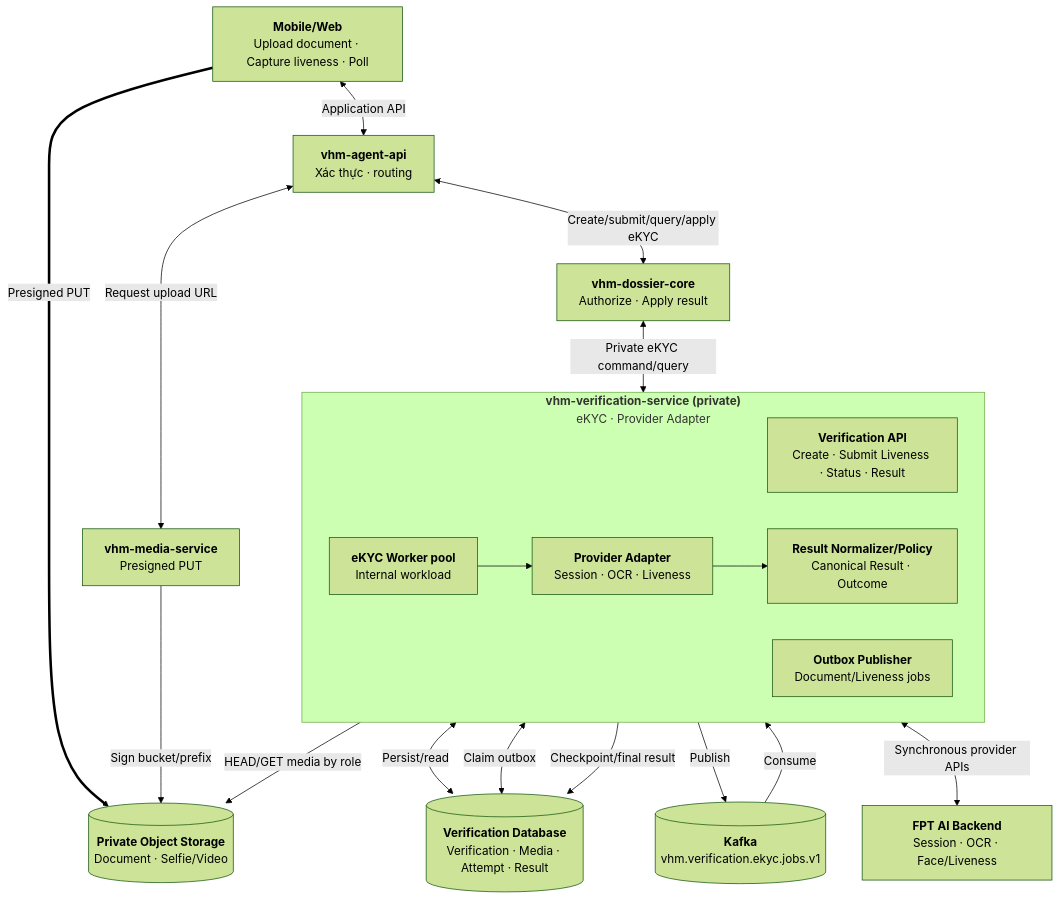
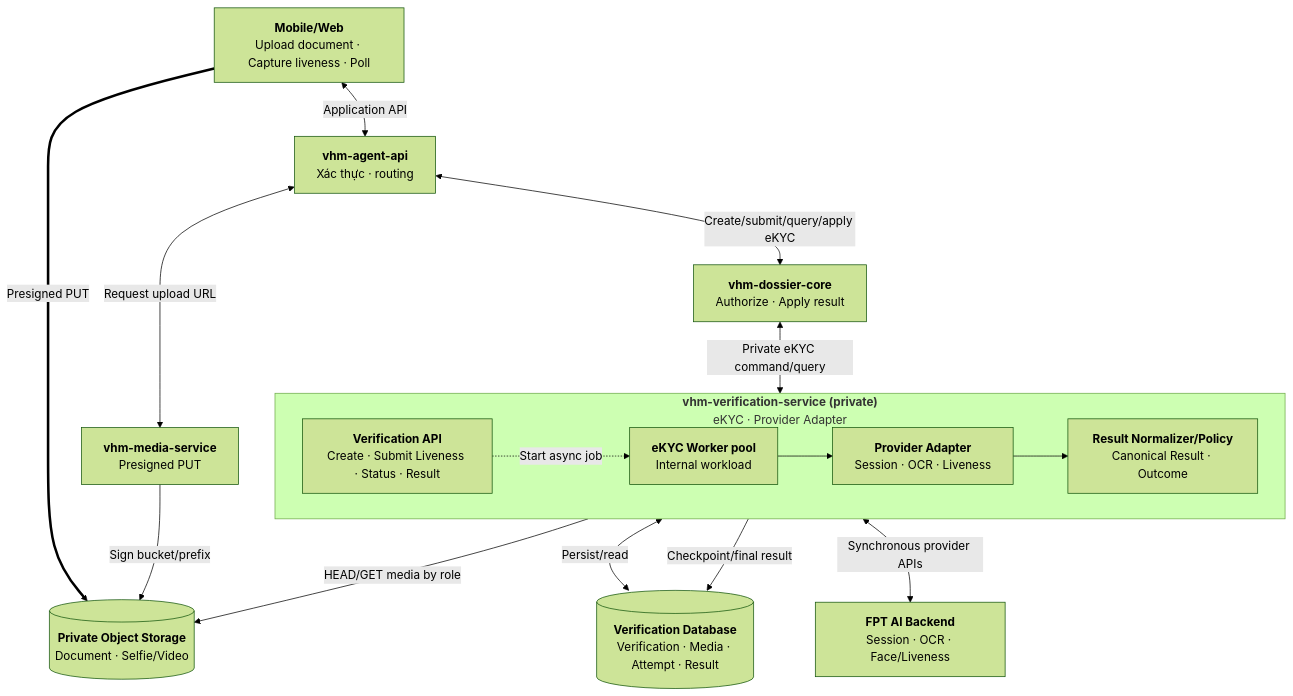
The fifth of 8 diagrams in noxh-ekyc.md (huynv-xyz/vhm), drawn with Mermaid (forest theme) before and after one commit. The commit also changed other lines of this file, not shown here.

````diff
--- a/noxh-ekyc.md
+++ b/noxh-ekyc.md
@@ -349,51 +332,45 @@
 ```mermaid
 flowchart TB
     CLIENT["`**Mobile/Web**
 Upload document · Capture liveness · Poll`"]
     BFF["`**vhm-agent-api**
 Xác thực · routing`"]
     DOMAIN["`**vhm-dossier-core**
 Authorize · Apply result`"]
     MEDIA_API["`**vhm-media-service**
 Presigned PUT`"]
     STORAGE[("`**Private Object Storage**
 Document · Selfie/Video`")]
 
     subgraph VERIFY["`**vhm-verification-service (private)**
 eKYC · Provider Adapter`"]
         direction LR
         API["`**Verification API**
 Create · Submit Liveness · Status · Result`"]
-        OUTBOX["`**Outbox Publisher**
-Document/Liveness jobs`"]
         WORKER["`**eKYC Worker pool**
 Internal workload`"]
         ADAPTER["`**Provider Adapter**
 Session · OCR · Liveness`"]
         POLICY["`**Result Normalizer/Policy**
 Canonical Result · Outcome`"]
 
         WORKER --> ADAPTER --> POLICY
     end
 
-    KAFKA[("`**Kafka**
-vhm.verification.ekyc.jobs.v1`")]
     FPT["`**FPT AI Backend**
 Session · OCR · Face/Liveness`"]
     DB[("`**Verification Database**
 Verification · Media · Attempt · Result`")]
 
     CLIENT <-->|"Application API"| BFF
     BFF <-->|"Request upload URL"| MEDIA_API
     CLIENT ==>|"Presigned PUT"| STORAGE
     MEDIA_API -->|"Sign bucket/prefix"| STORAGE
     BFF <-->|"Create/submit/query/apply eKYC"| DOMAIN
     DOMAIN <-->|"Private eKYC command/query"| API
     API <-->|"Persist/read"| DB
-    OUTBOX <-->|"Claim outbox"| DB
-    OUTBOX -->|"Publish"| KAFKA
-    KAFKA -->|"Consume"| WORKER
+    API -.->|"Start async job"| WORKER
     WORKER -->|"HEAD/GET media by role"| STORAGE
     ADAPTER <-->|"Synchronous provider APIs"| FPT
     POLICY -->|"Checkpoint/final result"| DB
 ```
````
